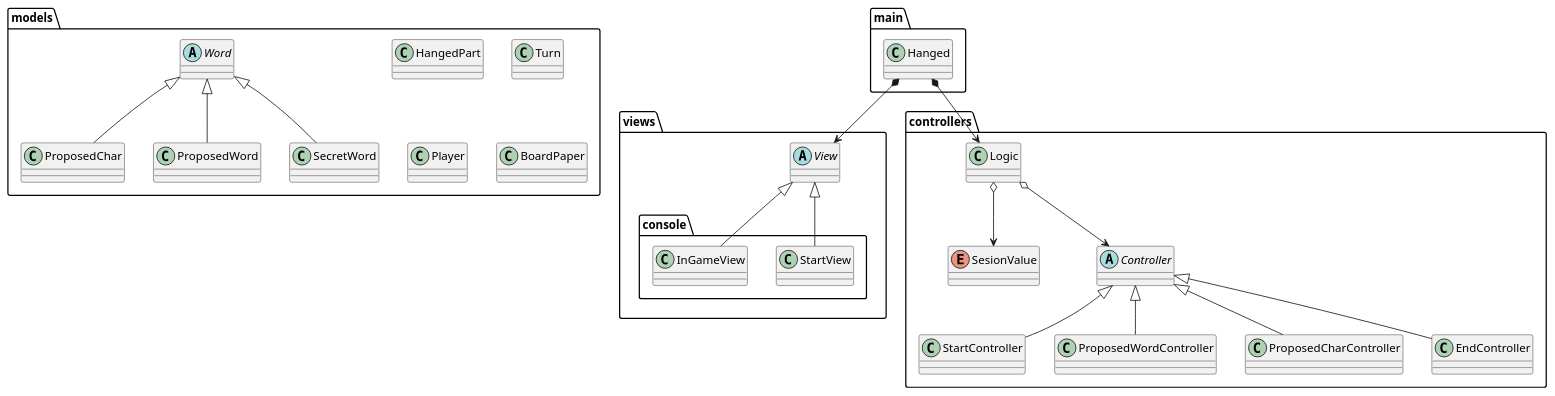
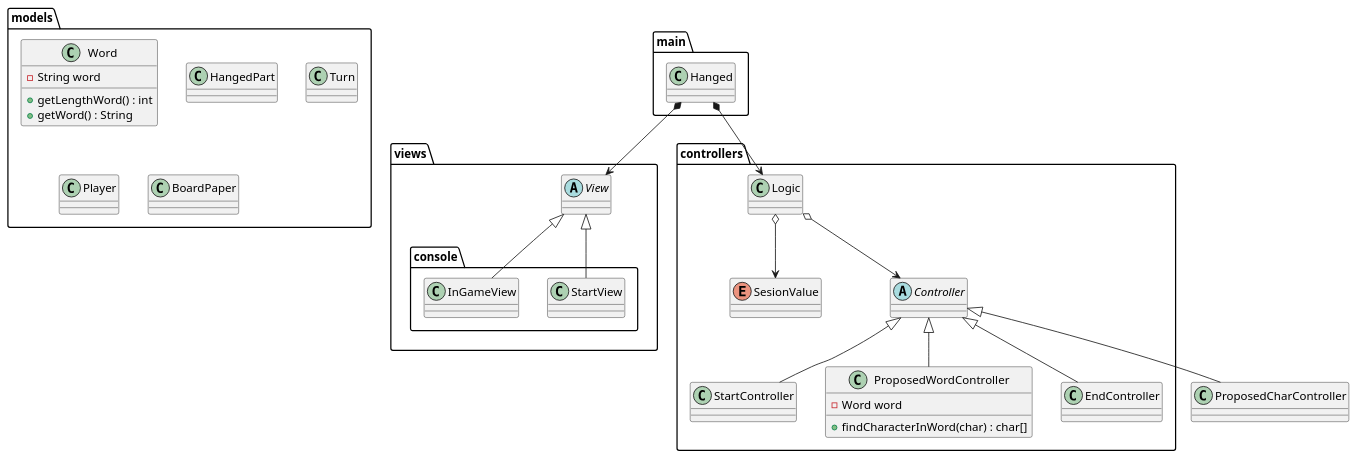
Before and after one commit to VladCode97/Hanged-Master: the diagram in requirements/puml/MVC.puml, drawn with PlantUML.

```diff
--- a/requirements/puml/MVC.puml
+++ b/requirements/puml/MVC.puml
@@ -1,55 +1,57 @@
 @startuml
 package "main" {
 class Hanged
 }
 
 package "views"{
 abstract class View
     package "console" {
         class StartView
         class InGameView
     }
 }
 
 package "controllers"{
 class Logic
 enum SesionValue
 abstract class Controller
 class StartController
-class ProposedWordController
-class ProposedCharController
+class ProposedWordController{
+- Word word
+
++ findCharacterInWord(char) : char[]
+}
 class EndController
 
 
 }
 
 
 package "models" {
-abstract class Word
-class ProposedChar
-class ProposedWord
-class SecretWord
-class HangedPart
+class Word{
+- String word
++ getLengthWord() : int
++ getWord() : String
+}
+class HangedPart{
+}
 class Turn
 class Player
 class BoardPaper
 }
 Hanged *--> View
 Hanged *--> Logic
 Logic o--> Controller
 View <|-- StartView
 View <|-- InGameView
 
 Controller <|-- StartController
 Controller <|-- ProposedWordController
 Controller <|-- ProposedCharController
 Controller <|-- EndController
 
 Logic o--> SesionValue
-Word <|-- ProposedChar
-Word <|-- ProposedWord
-Word <|-- SecretWord
 
 
 
 @enduml
```
